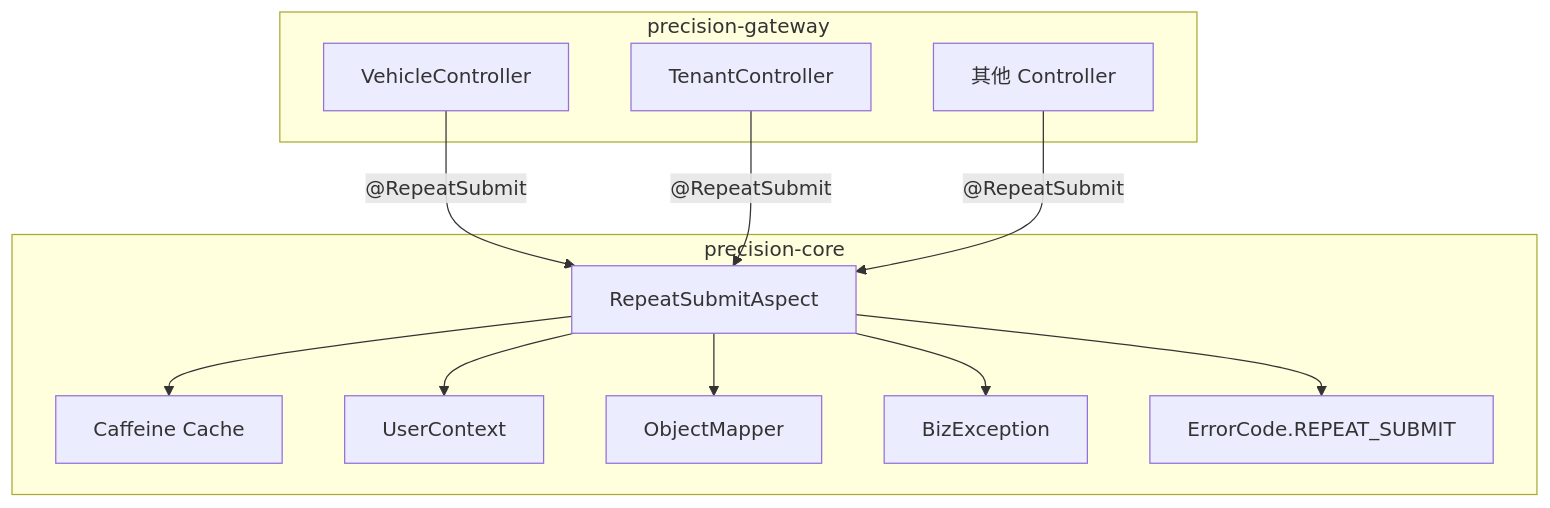
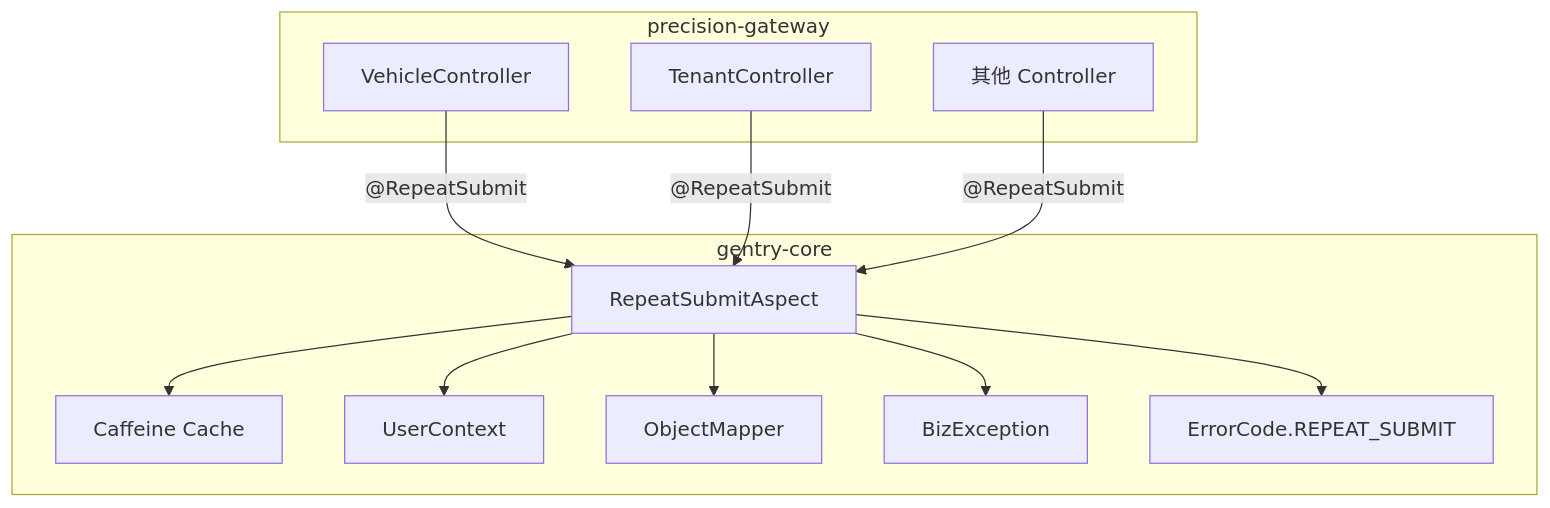
The fifth of 5 diagrams in doc/design/modules/core/P2-重复提交防护-详细设计.md (andychen93/gentry-rbac-scaffold), drawn with Mermaid before and after one commit. The commit also changed other lines of this file and 613 other files, not shown here.

First line of the commit message:
refactor!: 项目整体更名 precision → gentry

````diff
--- a/doc/design/modules/core/P2-重复提交防护-详细设计.md
+++ b/doc/design/modules/core/P2-重复提交防护-详细设计.md
@@ -482,20 +482,20 @@
 ```mermaid
 flowchart TB
-    subgraph precision-core
+    subgraph gentry-core
         A[RepeatSubmitAspect] --> B[Caffeine Cache]
         A --> C[UserContext]
         A --> D[ObjectMapper]
         A --> E[BizException]
         A --> F[ErrorCode.REPEAT_SUBMIT]
     end
 
     subgraph precision-gateway
         G[VehicleController]
         H[TenantController]
         I[其他 Controller]
     end
 
     G -->|"@RepeatSubmit"| A
     H -->|"@RepeatSubmit"| A
     I -->|"@RepeatSubmit"| A
 ```
````
